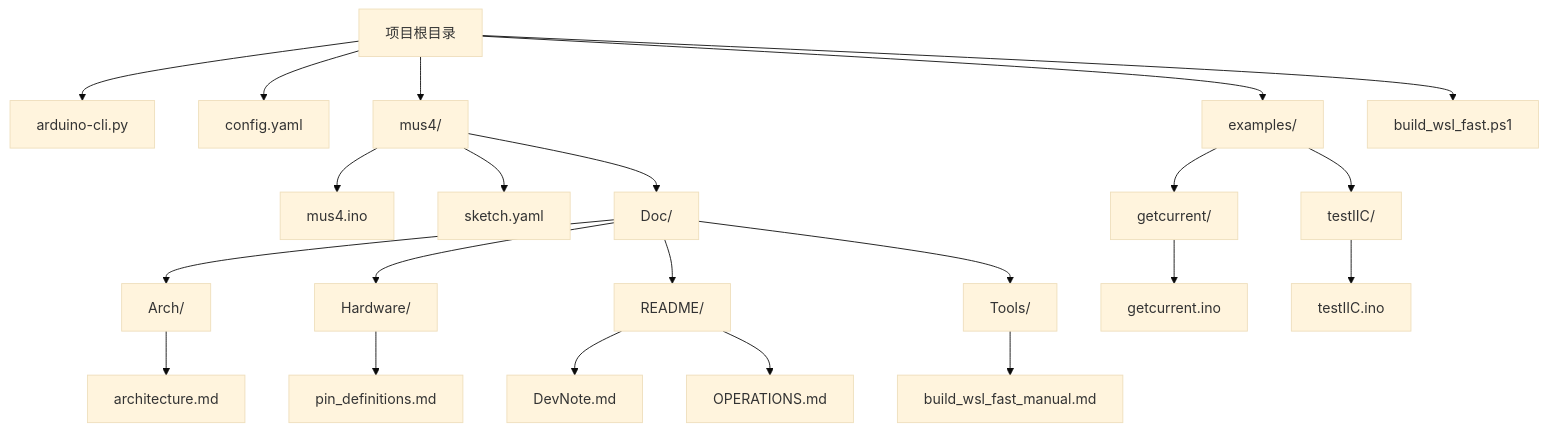
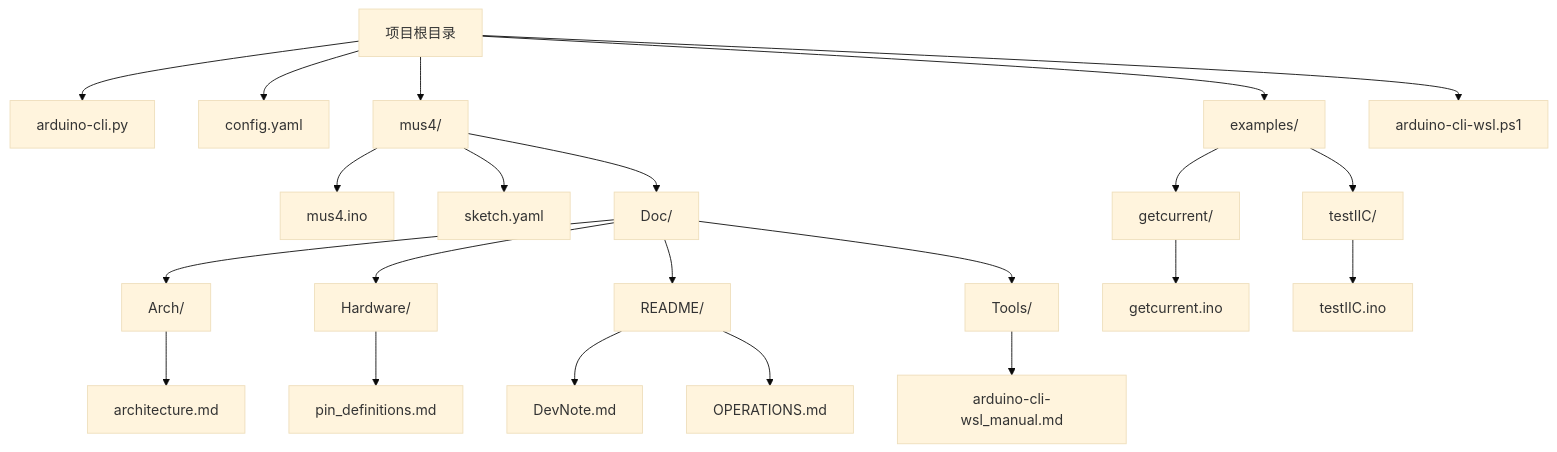
Before and after one commit to DonkeyDrift/Firmware: the first of 17 diagrams in .qoder/repowiki/zh/content/开发工具与配置/Arduino CLI自动化.md, drawn with Mermaid (base theme). The commit also changed other lines of this file and 6 other files, not shown here.

````diff
--- a/.qoder/repowiki/zh/content/开发工具与配置/Arduino CLI自动化.md
+++ b/.qoder/repowiki/zh/content/开发工具与配置/Arduino CLI自动化.md
@@ -50,24 +50,24 @@
 ```mermaid
 graph TD
 A[项目根目录] --> B[arduino-cli.py]
 A --> C[config.yaml]
 A --> D[mus4/]
 A --> E[examples/]
-A --> F[build_wsl_fast.ps1]
+A --> F[arduino-cli-wsl.ps1]
 D --> H[mus4.ino]
 D --> I[sketch.yaml]
 D --> J[Doc/]
 J --> K[Arch/]
 J --> L[Hardware/]
 J --> M[README/]
 J --> N[Tools/]
-N --> O[build_wsl_fast_manual.md]
+N --> O[arduino-cli-wsl_manual.md]
 E --> P[getcurrent/]
 E --> Q[testIIC/]
 P --> R[getcurrent.ino]
 Q --> S[testIIC.ino]
 K --> T[architecture.md]
 L --> U[pin_definitions.md]
 M --> V[DevNote.md]
 M --> W[OPERATIONS.md]
 ```
````
